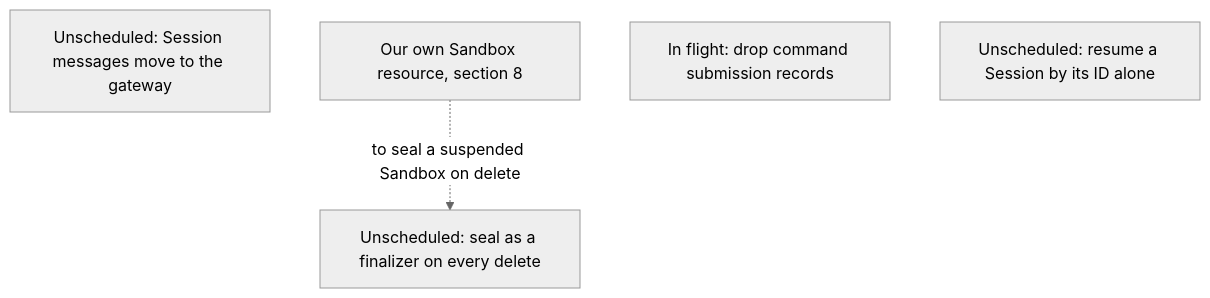
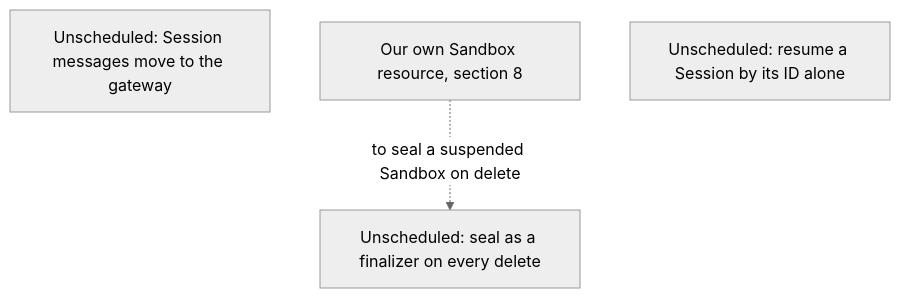
Before and after one commit to agentydragon-agent/ducktape: diagram 13 of 14 in agentplane/plans/task_dag.md, drawn with Mermaid (neutral theme). The commit also changed other lines of this file and 48 other files, not shown here.

````diff
--- a/agentplane/plans/task_dag.md
+++ b/agentplane/plans/task_dag.md
@@ -888,9 +887,8 @@
 ```mermaid
 flowchart TD
     GATEWAY_CLIENT_SPLIT[Unscheduled: Session messages move to the gateway]
     AGENTPLANE_SANDBOX_RESOURCE[Our own Sandbox resource, section 8]
     SEAL_FINALIZER[Unscheduled: seal as a finalizer on every delete]
-    COMMAND_RECORDS_RETIRE[In flight: drop command submission records]
     RESUME_BY_SESSION_ID[Unscheduled: resume a Session by its ID alone]
     AGENTPLANE_SANDBOX_RESOURCE -. to seal a suspended Sandbox on delete .-> SEAL_FINALIZER
 ```
````
